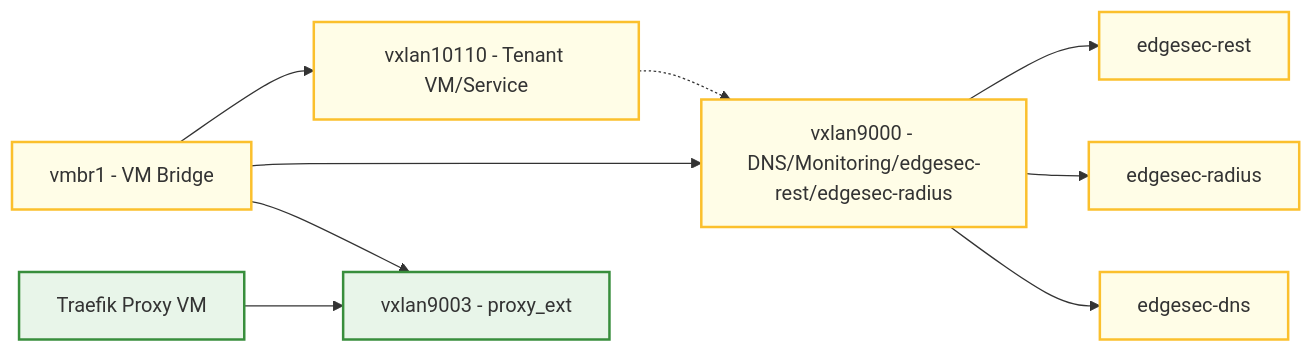
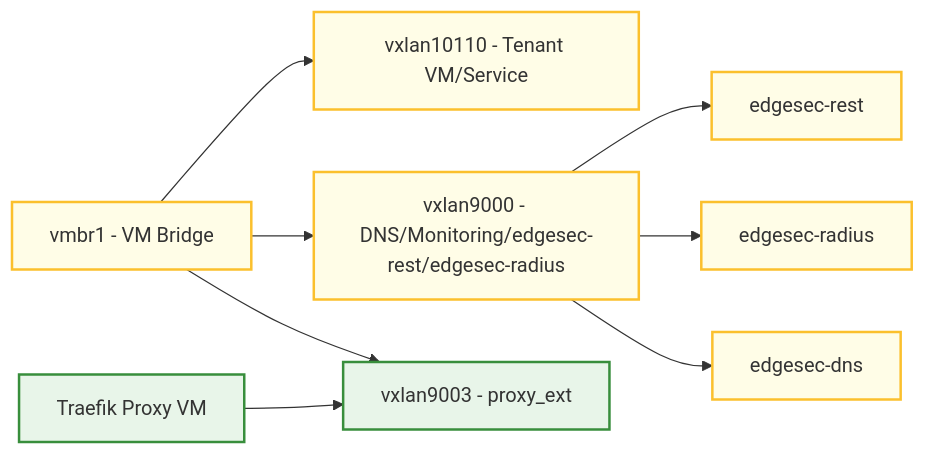
One commit to CEP-Comwell/proxmox_addons changed the third of 4 diagrams in README.md. Above: the diagram before and after it, drawn with Mermaid.

````diff
--- a/README.md
+++ b/README.md
@@ -95,23 +95,22 @@
 ```mermaid
 graph LR
 VMBridge[vmbr1 - VM Bridge]
 VX10110[vxlan10110 - Tenant VM/Service]
 VX9000[vxlan9000 - DNS/Monitoring/edgesec-rest/edgesec-radius]
 VX9003[vxlan9003 - proxy_ext]
 RestVM[edgesec-rest]
 RadiusVM[edgesec-radius]
 DNSVM[edgesec-dns]
 ProxyVM[Traefik Proxy VM]
 VMBridge --> VX10110
 VMBridge --> VX9000
 VMBridge --> VX9003
 VX9000 --> RestVM
 VX9000 --> RadiusVM
 VX9000 --> DNSVM
 ProxyVM --> VX9003
-VX10110 -.-> VX9000
 classDef vm fill:#fffde7,stroke:#fbc02d,stroke-width:2px;
 classDef proxy fill:#e8f5e9,stroke:#388e3c,stroke-width:2px;
 class VMBridge,VX10110,VX9000,VX9006,RestVM,RadiusVM,DNSVM vm;
 class VX9003,ProxyVM proxy;
 ```
````
